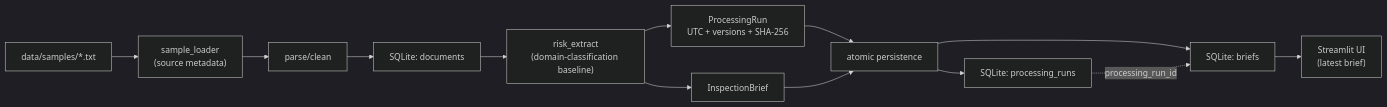
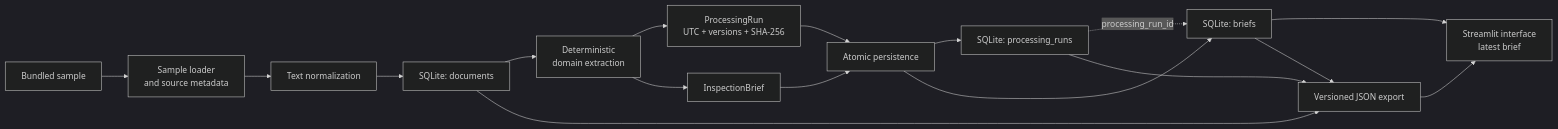
One commit to NikolayAir/seco-tender-inspection-brief changed the diagram in README.md. Above: the diagram before and after it, drawn with Mermaid (dark theme). The commit also changed other lines of this file and 7 other files, not shown here.

First line of the commit message:
Add versioned JSON export for review briefs (#9)

````diff
--- a/README.md
+++ b/README.md
@@ -90,15 +73,23 @@
 ```mermaid
 flowchart LR
-    sampleFile["data/samples/*.txt"] --> loader["sample_loader<br/>(source metadata)"]
-    loader --> cleaner["parse/clean"]
-    cleaner --> db_doc["SQLite: documents"]
-    db_doc --> extractor["risk_extract<br/>(domain-classification baseline)"]
-    extractor --> run_meta["ProcessingRun<br/>UTC + versions + SHA-256"]
+    sample["Bundled sample"] --> loader["Sample loader<br/>and source metadata"]
+    loader --> cleaner["Text normalization"]
+    cleaner --> document["SQLite: documents"]
+
+    document --> extractor["Deterministic<br/>domain extraction"]
+    extractor --> run["ProcessingRun<br/>UTC + versions + SHA-256"]
     extractor --> brief["InspectionBrief"]
-    run_meta --> persistence["atomic persistence"]
+
+    run --> persistence["Atomic persistence"]
     brief --> persistence
     persistence --> db_run["SQLite: processing_runs"]
     persistence --> db_brief["SQLite: briefs"]
+
     db_run -. processing_run_id .-> db_brief
-    db_brief --> ui["Streamlit UI<br/>(latest brief)"]
+    db_brief --> ui["Streamlit interface<br/>latest brief"]
+
+    document --> export["Versioned JSON export"]
+    db_run --> export
+    db_brief --> export
+    export --> ui
 ```
````
